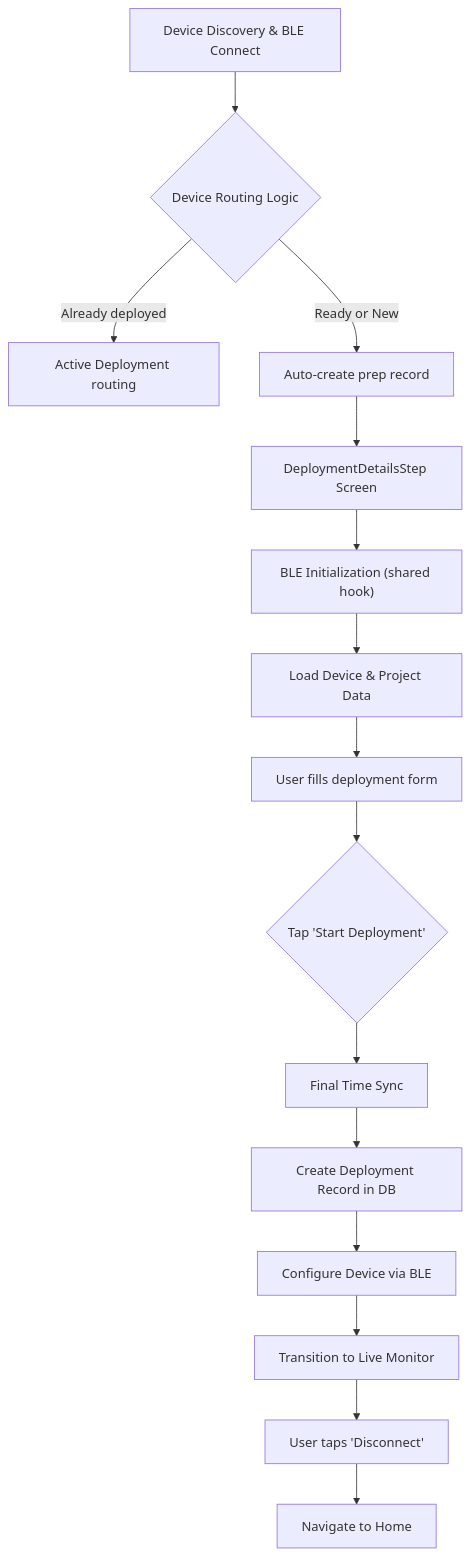
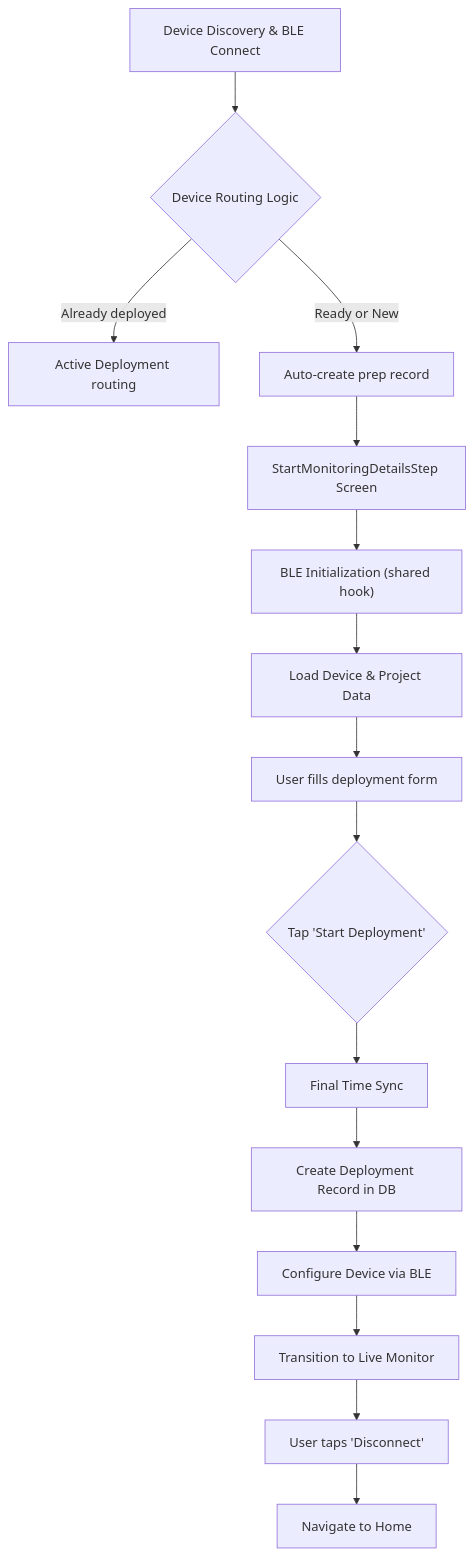
One commit to wildlifeai/ww-mobile-app changed the second of 3 diagrams in documentation/onboarding/04-DEVICE-FLOWS.md. Above: the diagram before and after it, drawn with Mermaid. The commit also changed other lines of this file and 12 other files, not shown here.

First line of the commit message:
refactor(deployments): rename Start/End deployment to Start/Stop monitoring

````diff
--- a/documentation/onboarding/04-DEVICE-FLOWS.md
+++ b/documentation/onboarding/04-DEVICE-FLOWS.md
@@ -62,18 +62,18 @@
 ```mermaid
 flowchart TD
     A["Device Discovery & BLE Connect"] --> B{"Device Routing Logic"}
     B -- "Already deployed" --> C["Active Deployment routing"]
     B -- "Ready or New" --> D["Auto-create prep record"]
-    D --> E["DeploymentDetailsStep Screen"]
+    D --> E["StartMonitoringDetailsStep Screen"]
     
     E --> F["BLE Initialization (shared hook)"]
     F --> G["Load Device & Project Data"]
     G --> H["User fills deployment form"]
     H --> I{"Tap 'Start Deployment'"}
     I --> J["Final Time Sync"]
     J --> K["Create Deployment Record in DB"]
     K --> L["Configure Device via BLE"]
     L --> M["Transition to Live Monitor"]
     M --> N["User taps 'Disconnect'"]
     N --> O["Navigate to Home"]
 ```
````
